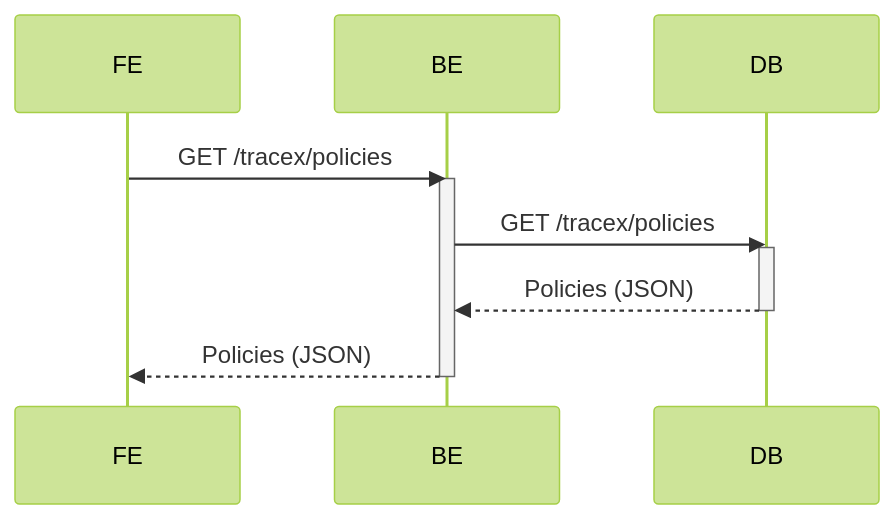
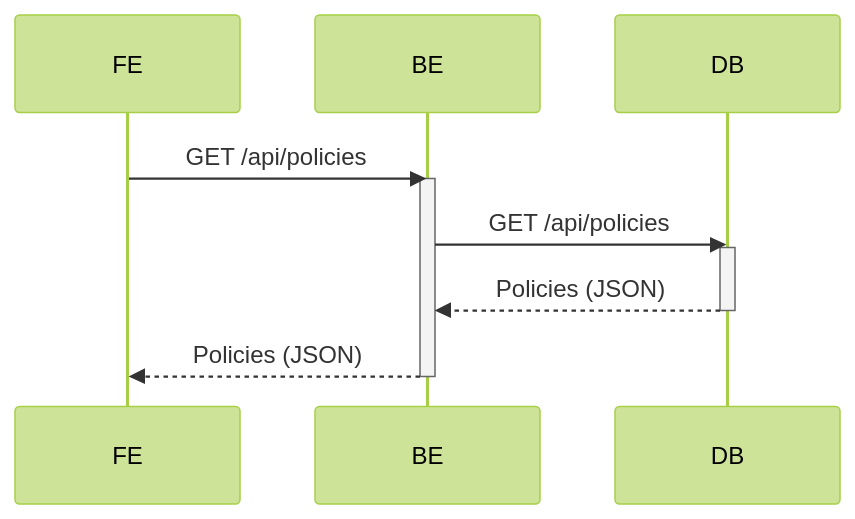
One commit to eclipse-tractusx/traceability-foss changed the second of 4 diagrams in docs/concept/#568-policy-management/#568-policy-management.md. Above: the diagram before and after it, drawn with Mermaid (forest theme). The commit also changed other lines of this file and 2 other files, not shown here.

````diff
--- a/docs/concept/#568-policy-management/#568-policy-management.md
+++ b/docs/concept/#568-policy-management/#568-policy-management.md
@@ -232,14 +196,14 @@
 ```mermaid
 sequenceDiagram
     participant FE
     participant BE
     participant DB
-    FE->>BE: GET /tracex/policies
+    FE->>BE: GET /api/policies
     activate BE
-    BE->>DB: GET /tracex/policies
+    BE->>DB: GET /api/policies
     activate DB
     DB-->>BE: Policies (JSON)
     deactivate DB
     BE-->>FE: Policies (JSON)
     deactivate BE
 ```
````
